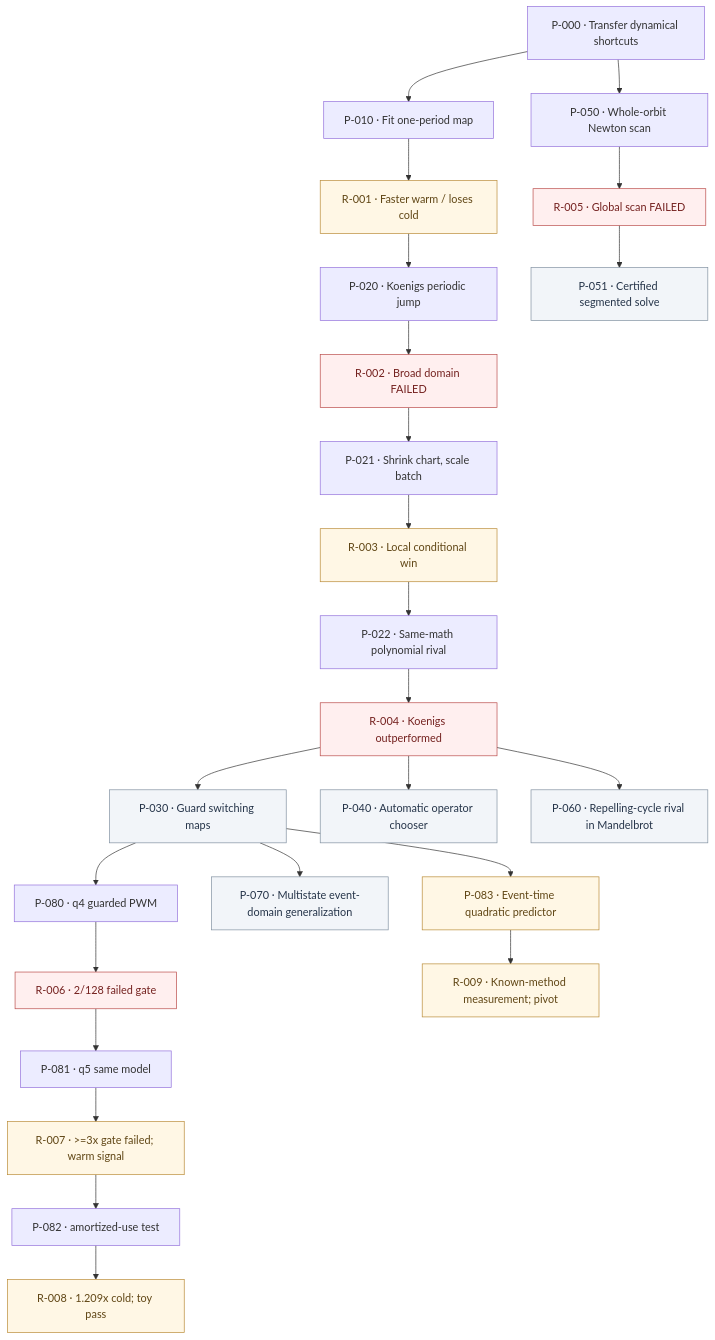
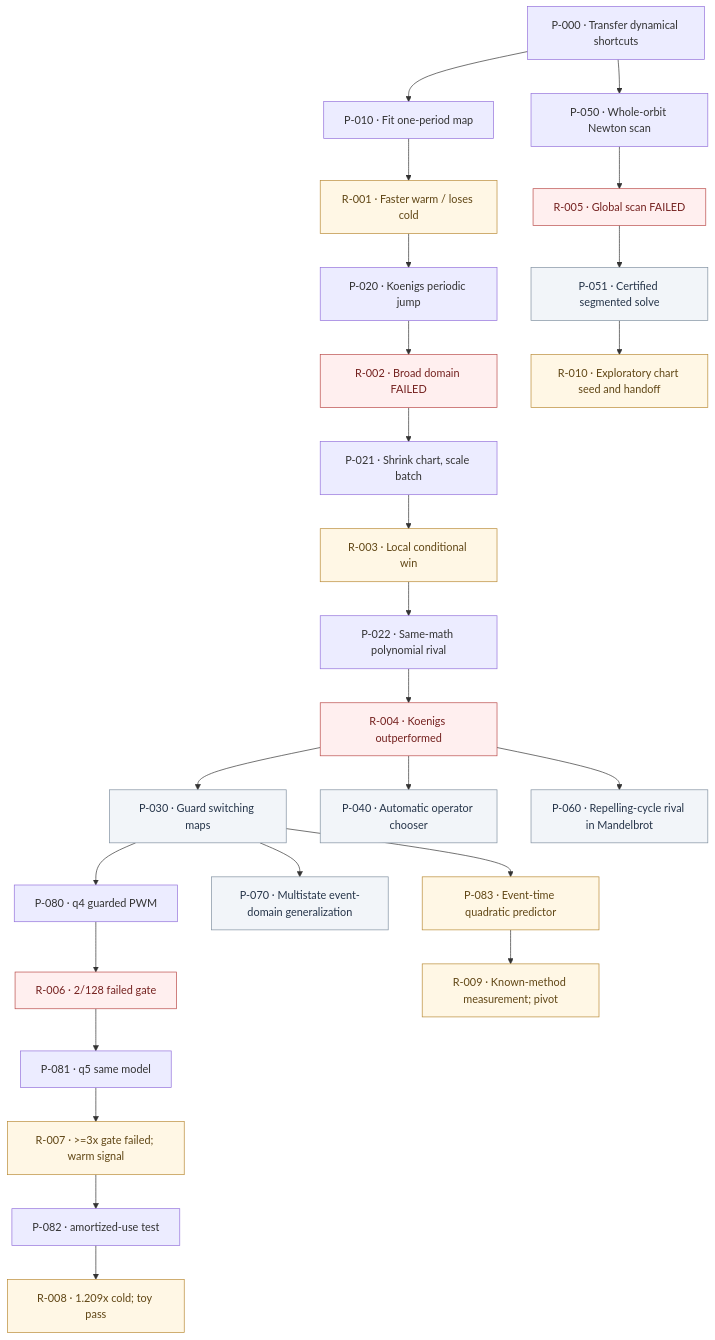
The diagram in MAP.md (junovhs/fractodactyl), drawn with Mermaid before and after one commit. The commit also changed other lines of this file and 5 other files, not shown here.

Commit message:
research: record R-010 exploratory exact-IC chart admission and handoff

````diff
--- a/MAP.md
+++ b/MAP.md
@@ -5,32 +5,33 @@
 ```mermaid
 flowchart TD
   P000["P-000 · Transfer dynamical shortcuts"] --> P010["P-010 · Fit one-period map"]
   P010 --> R001["R-001 · Faster warm / loses cold"]
   R001 --> P020["P-020 · Koenigs periodic jump"]
   P020 --> R002["R-002 · Broad domain FAILED"]
   R002 --> P021["P-021 · Shrink chart, scale batch"]
   P021 --> R003["R-003 · Local conditional win"]
   R003 --> P022["P-022 · Same-math polynomial rival"]
   P022 --> R004["R-004 · Koenigs outperformed"]
   R004 --> P030["P-030 · Guard switching maps"]
   R004 --> P040["P-040 · Automatic operator chooser"]
   R004 --> P060["P-060 · Repelling-cycle rival in Mandelbrot"]
   P000 --> P050["P-050 · Whole-orbit Newton scan"]
   P050 --> R005["R-005 · Global scan FAILED"]
   R005 --> P051["P-051 · Certified segmented solve"]
+  P051 --> R010["R-010 · Exploratory chart seed and handoff"]
   P030 --> P080["P-080 · q4 guarded PWM"]
   P080 --> R006["R-006 · 2/128 failed gate"]
   R006 --> P081["P-081 · q5 same model"]
   P081 --> R007["R-007 · >=3x gate failed; warm signal"]
   R007 --> P082["P-082 · amortized-use test"]
   P082 --> R008["R-008 · 1.209x cold; toy pass"]
   P030 --> P070["P-070 · Multistate event-domain generalization"]
   P030 --> P083["P-083 · Event-time quadratic predictor"]
   P083 --> R009["R-009 · Known-method measurement; pivot"]
   classDef fail fill:#ffefef,stroke:#b94a48,color:#74211f
   classDef maybe fill:#fff7e5,stroke:#b98a35,color:#604615
   classDef untested fill:#f2f5f9,stroke:#8090a0,color:#253449
   class R002,R004,R005,R006 fail
-  class R001,R003,R007,R008,R009,P083 maybe
+  class R001,R003,R007,R008,R009,R010,P083 maybe
   class P030,P040,P051,P060,P070 untested
 ```
````
